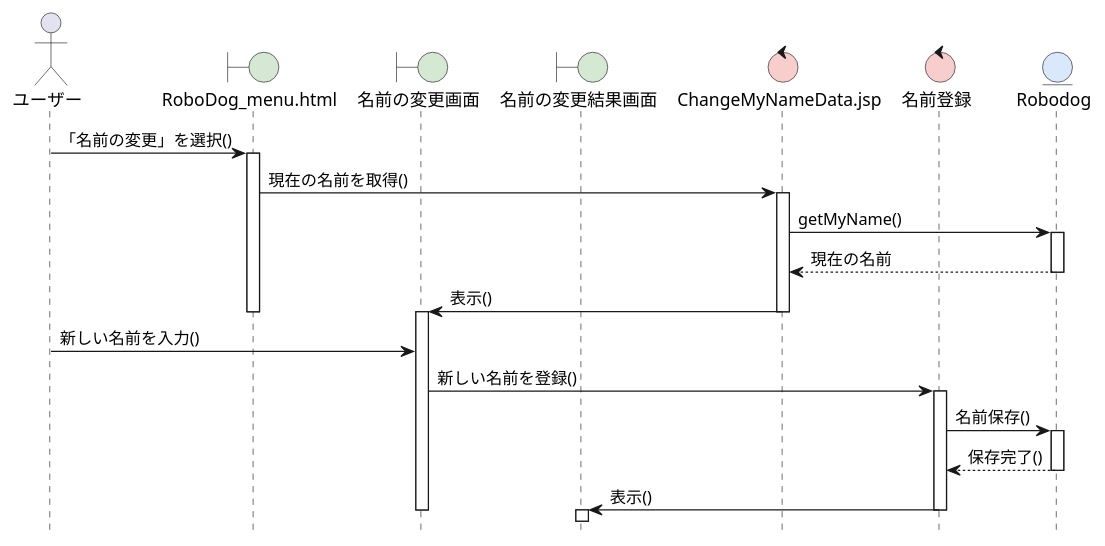
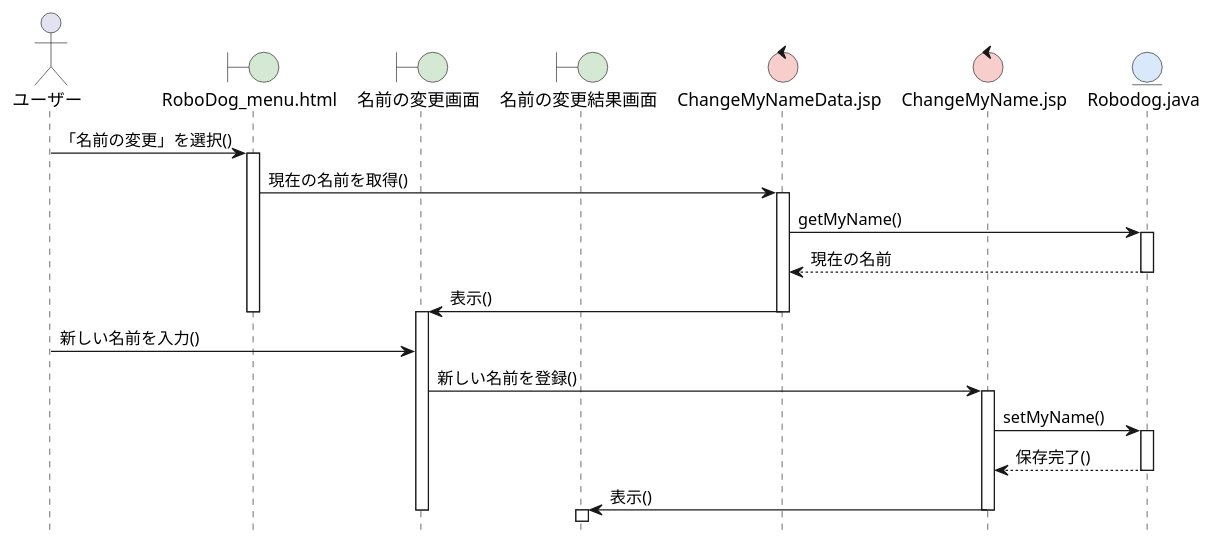
One commit to admin1-s/ohara_uml changed the diagram in 06_robo_dog/sequence_01_change_name.pu. Above: the diagram before and after it, drawn with PlantUML. The commit also changed 2 other files, not shown here.

```diff
--- a/06_robo_dog/sequence_01_change_name.pu
+++ b/06_robo_dog/sequence_01_change_name.pu
@@ -1,43 +1,43 @@
 @startuml RoboDogシステム-名前変更シーケンス図
 hide footbox
 skinparam boundaryBackgroundColor #D5E8D4
 skinparam controlBackgroundColor  #F8CECC
 skinparam entityBackgroundColor   #DAE8FC
 
 actor ユーザー as A
 boundary "RoboDog_menu.html" as B1
 boundary 名前の変更画面 as B2
 boundary 名前の変更結果画面 as B3
 control "ChangeMyNameData.jsp" as C1
-control 名前登録 as C2
-entity Robodog as E
+control "ChangeMyName.jsp" as C2
+entity "Robodog.java" as E
 
 A -> B1: 「名前の変更」を選択()
 activate B1
 
 B1 -> C1: 現在の名前を取得()
 activate C1
 C1 -> E: getMyName()
 activate E
 E --> C1: 現在の名前
 deactivate E
 C1 -> B2: 表示()
 deactivate C1
 deactivate B1
 activate B2
 
 A -> B2: 新しい名前を入力()
 
 B2 -> C2: 新しい名前を登録()
 activate C2
-C2 -> E: 名前保存()
+C2 -> E: setMyName()
 activate E
 E --> C2: 保存完了()
 deactivate E
 
 C2 -> B3: 表示()
 deactivate C2
 deactivate B2
 activate B3
 
 @enduml
```
